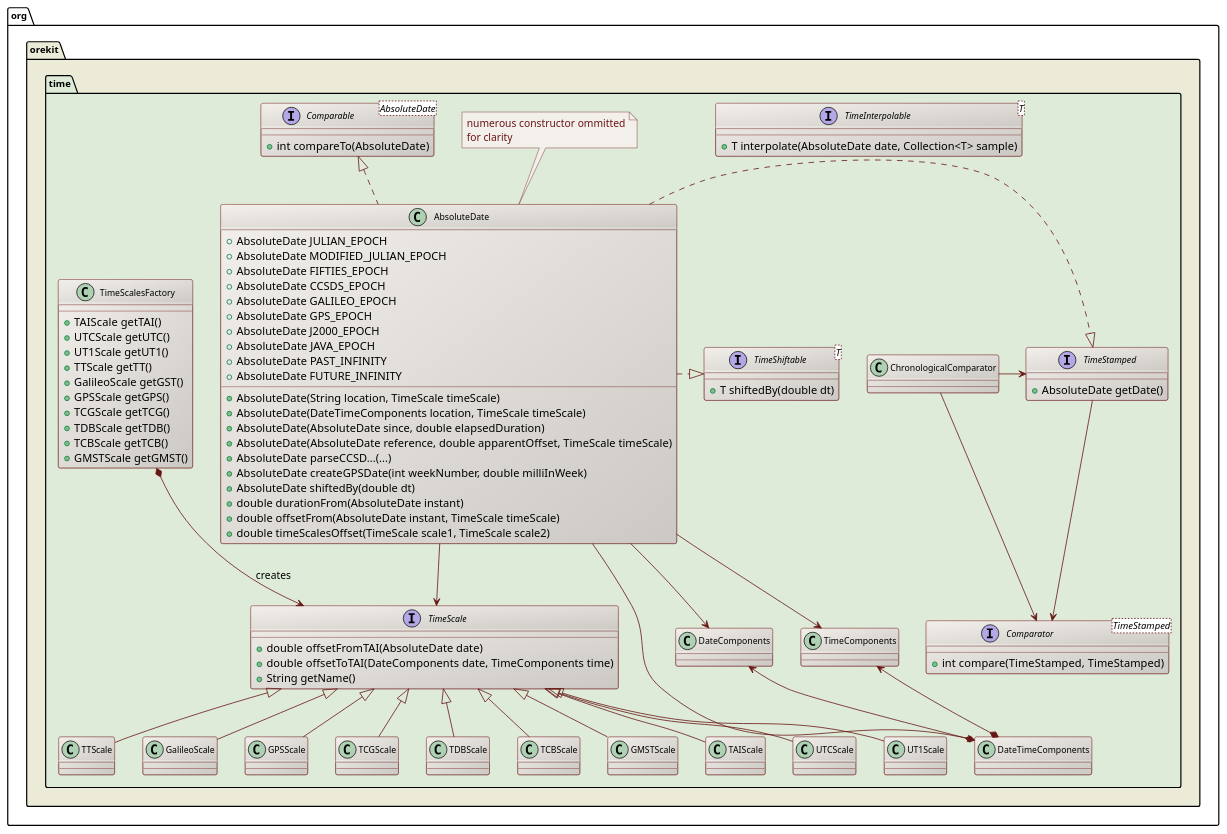
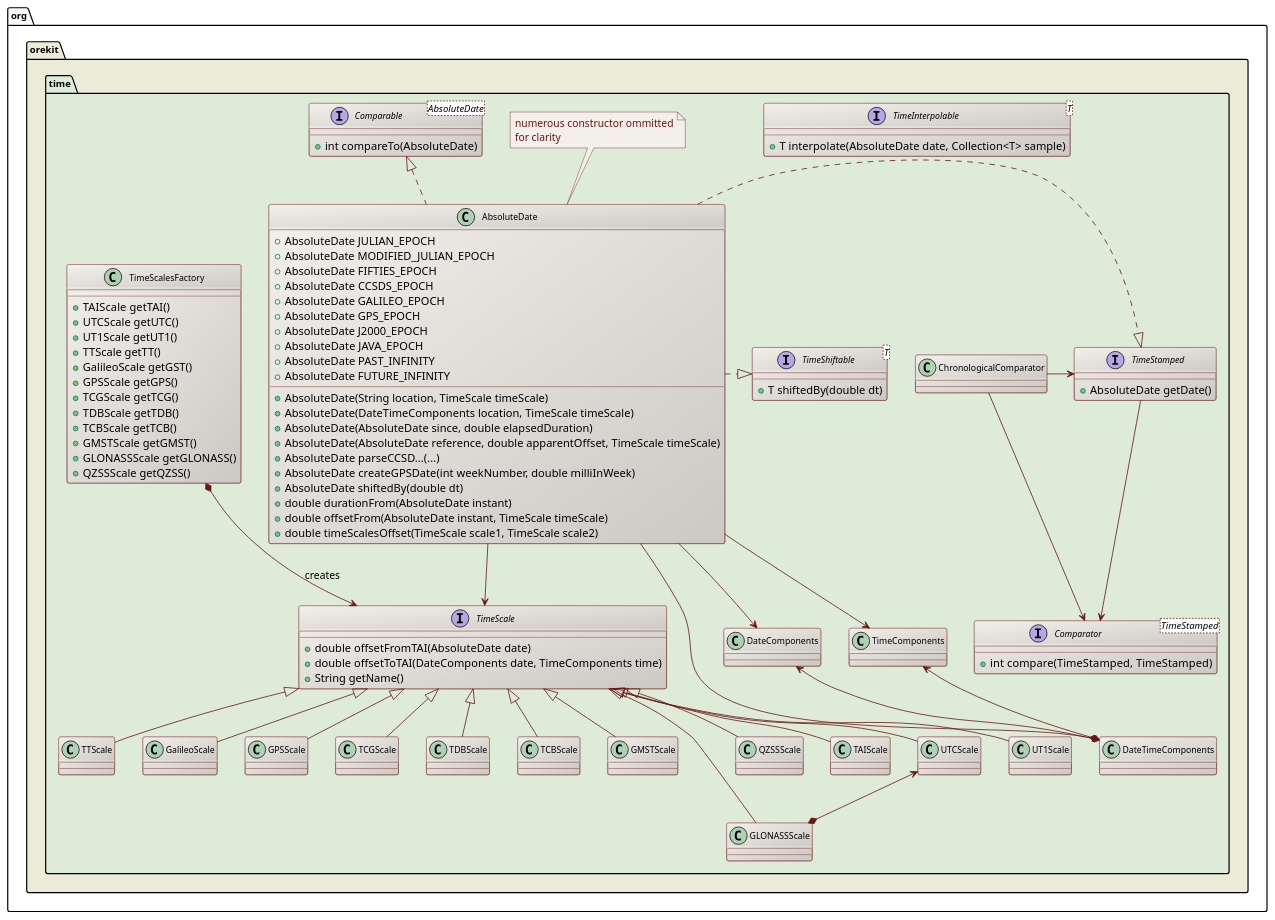
Before and after one commit to CS-SI/Orekit: the diagram in src/design/time-class-diagram.puml, drawn with PlantUML. The commit also changed 20 other files, not shown here.

First line of the commit message:
Added GLONASS and QZSS time scales.

```diff
--- a/src/design/time-class-diagram.puml
+++ b/src/design/time-class-diagram.puml
@@ -17,125 +17,133 @@
 @startuml
 
   skinparam svek                  true
   skinparam ClassBackgroundColor  #F3EFEB/CCC9C5
   skinparam ClassArrowColor       #691616
   skinparam ClassBorderColor      #691616
   skinparam NoteBackgroundColor   #F3EFEB
   skinparam NoteBorderColor       #691616
   skinparam NoteFontColor         #691616
   skinparam ClassFontSize         11
   skinparam PackageFontSize       12
 
   package org.orekit #ECEBD8 {
   package time #DDEBD8 {
 
     interface TimeStamped {
       +AbsoluteDate getDate()
     }
 
     interface "TimeShiftable<T>" as TimeShiftable_T_ {
       +T shiftedBy(double dt)
     }
 
     interface "TimeInterpolable<T>" as TimeInterpolable_T_ {
       +T interpolate(AbsoluteDate date, Collection<T> sample)
     }
 
     class AbsoluteDate {
       +AbsoluteDate JULIAN_EPOCH
       +AbsoluteDate MODIFIED_JULIAN_EPOCH
       +AbsoluteDate FIFTIES_EPOCH
       +AbsoluteDate CCSDS_EPOCH
       +AbsoluteDate GALILEO_EPOCH
       +AbsoluteDate GPS_EPOCH
       +AbsoluteDate J2000_EPOCH
       +AbsoluteDate JAVA_EPOCH
       +AbsoluteDate PAST_INFINITY
       +AbsoluteDate FUTURE_INFINITY
       +AbsoluteDate(String location, TimeScale timeScale)
       +AbsoluteDate(DateTimeComponents location, TimeScale timeScale)
       +AbsoluteDate(AbsoluteDate since, double elapsedDuration)
       +AbsoluteDate(AbsoluteDate reference, double apparentOffset, TimeScale timeScale)
       +AbsoluteDate parseCCSD...(...)
       +AbsoluteDate createGPSDate(int weekNumber, double milliInWeek)
       +AbsoluteDate shiftedBy(double dt)
       +double durationFrom(AbsoluteDate instant)
       +double offsetFrom(AbsoluteDate instant, TimeScale timeScale)
       +double timeScalesOffset(TimeScale scale1, TimeScale scale2)
     }
     note top
       numerous constructor ommitted
       for clarity
     end note
 
     interface "Comparable<AbsoluteDate>" as Comparable_AbsoluteDate_ {
       +int compareTo(AbsoluteDate)
     }
 
     interface "Comparator<TimeStamped>" as Comparator_TimeStamped_ {
       +int  compare(TimeStamped, TimeStamped)
     }
 
     class DateTimeComponents
     class DateComponents
     class TimeComponents
 
     interface TimeScale {
       +double offsetFromTAI(AbsoluteDate date)
       +double offsetToTAI(DateComponents date, TimeComponents time)
       +String getName()
     }
 
     class TimeScalesFactory {
       +TAIScale getTAI()
       +UTCScale getUTC()
       +UT1Scale getUT1()
       +TTScale getTT()
       +GalileoScale getGST()
       +GPSScale getGPS()
       +TCGScale getTCG()
       +TDBScale getTDB()
       +TCBScale getTCB()
       +GMSTScale getGMST()
+      +GLONASSScale getGLONASS()
+      +QZSSScale getQZSS()
     }
 
     class TAIScale
     class UTCScale
     class UT1Scale
     class TTScale
     class GalileoScale
     class GPSScale
     class TCGScale
     class TDBScale
     class TCBScale
     class GMSTScale
+    class GLONASSScale
+    class QZSSScale
 
     TimeStamped               <|.left. AbsoluteDate
     TimeShiftable_T_          <|.left. AbsoluteDate
     TimeScalesFactory         *-down-> TimeScale : creates
     Comparable_AbsoluteDate_  <|..     AbsoluteDate
     Comparator_TimeStamped_   <-up-    ChronologicalComparator
     ChronologicalComparator   -right-> TimeStamped
     Comparator_TimeStamped_   <-up-    TimeStamped
 
     DateComponents            <--*     DateTimeComponents
     TimeComponents            <--*     DateTimeComponents
     AbsoluteDate              -down->  DateTimeComponents
     AbsoluteDate              -down->  DateComponents
     AbsoluteDate              -down->  TimeComponents
     AbsoluteDate              -down->  TimeScale
 
     TimeScale  <|-- TAIScale
     TimeScale  <|-- UTCScale
     TimeScale  <|-- UT1Scale
     TimeScale  <|-- TTScale
     TimeScale  <|-- GalileoScale
     TimeScale  <|-- GPSScale
     TimeScale  <|-- TCGScale
     TimeScale  <|-- TDBScale
     TimeScale  <|-- TCBScale
     TimeScale  <|-- GMSTScale
+    TimeScale  <|-- GLONASSScale
+    TimeScale  <|-- QZSSScale
+
+    UTCScale <--* GLONASSScale
 
   }
   }
 @enduml
```
